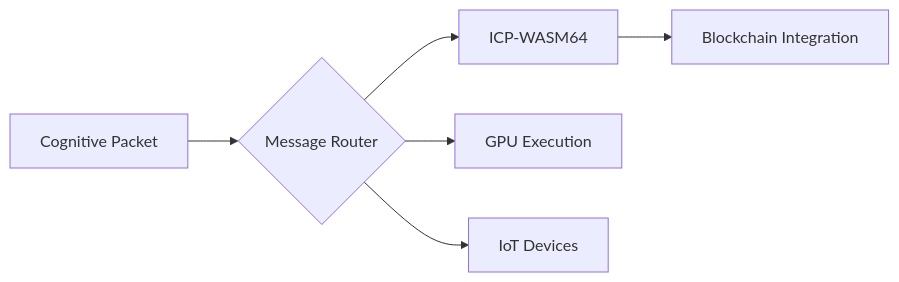
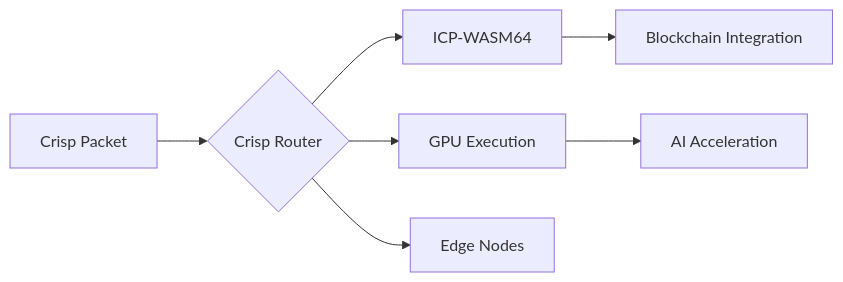
The second of 2 diagrams in README.md (kurtnitsch/Crisp), drawn with Mermaid before and after one commit. The commit also changed other lines of this file, not shown here.

````diff
--- a/README.md
+++ b/README.md
@@ -49,8 +47,9 @@
 ```mermaid
 flowchart LR
-    A[Cognitive Packet] --> B{Message Router}
+    A[Crisp Packet] --> B{Crisp Router}
     B --> C[ICP-WASM64]
     B --> D[GPU Execution]
-    B --> E[IoT Devices]
+    B --> E[Edge Nodes]
     C --> F[Blockchain Integration]
+    D --> G[AI Acceleration]
 ```
````
